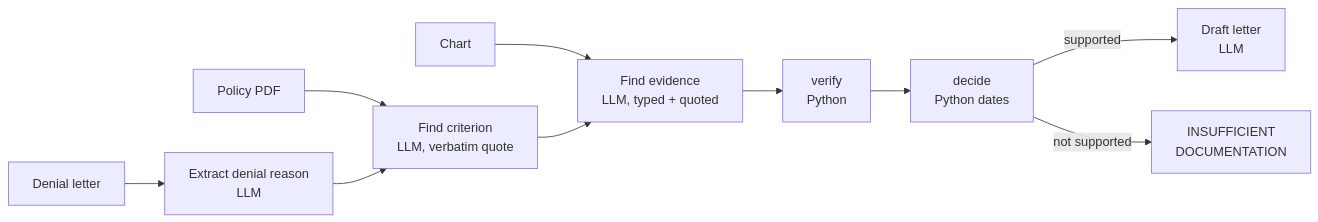
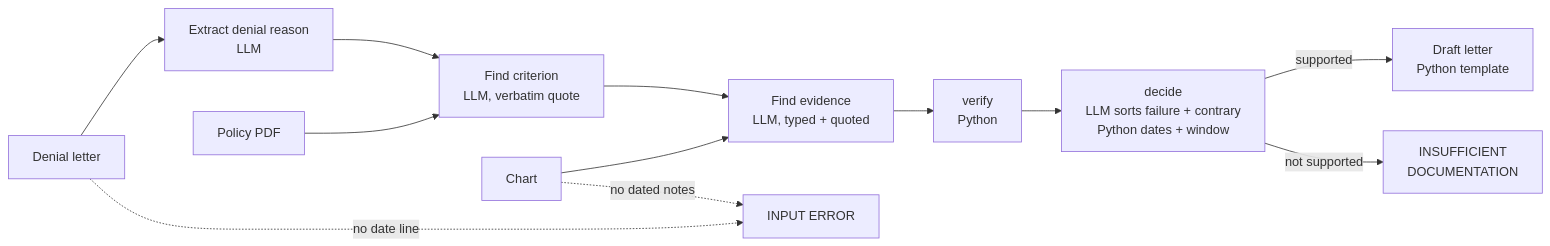
The diagram in docs/PROJECT.md (panther1202/ChartProof), drawn with Mermaid before and after one commit. The commit also changed other lines of this file and 1 other file, not shown here.

````diff
--- a/docs/PROJECT.md
+++ b/docs/PROJECT.md
@@ -26,12 +26,14 @@
 ```mermaid
 flowchart LR
   A[Denial letter] --> B[Extract denial reason<br/>LLM]
   P[Policy PDF] --> C[Find criterion<br/>LLM, verbatim quote]
   B --> C
   H[Chart] --> D[Find evidence<br/>LLM, typed + quoted]
   C --> D
   D --> E[verify<br/>Python]
-  E --> F[decide<br/>Python dates]
-  F -->|supported| G[Draft letter<br/>LLM]
+  E --> F[decide<br/>LLM sorts failure + contrary<br/>Python dates + window]
+  F -->|supported| G[Draft letter<br/>Python template]
   F -->|not supported| I[INSUFFICIENT<br/>DOCUMENTATION]
+  A -.->|no date line| X[INPUT ERROR]
+  H -.->|no dated notes| X
 ```
````
